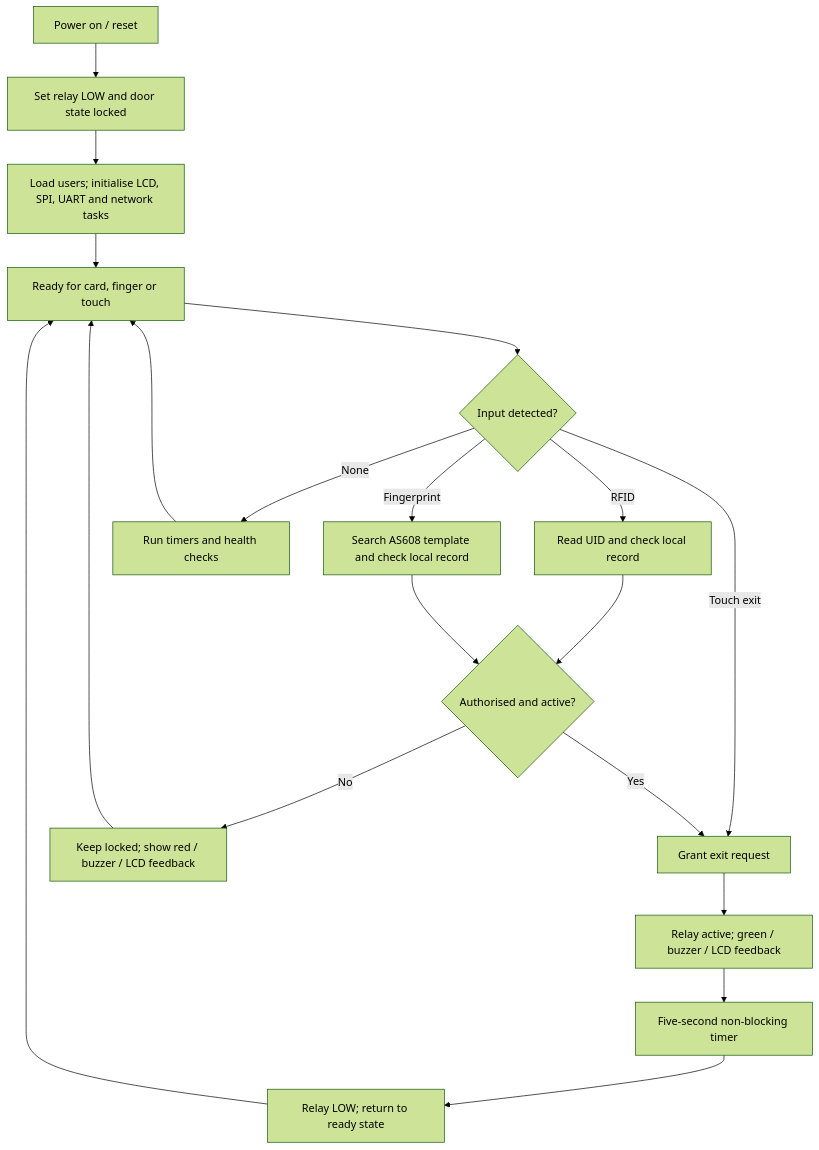
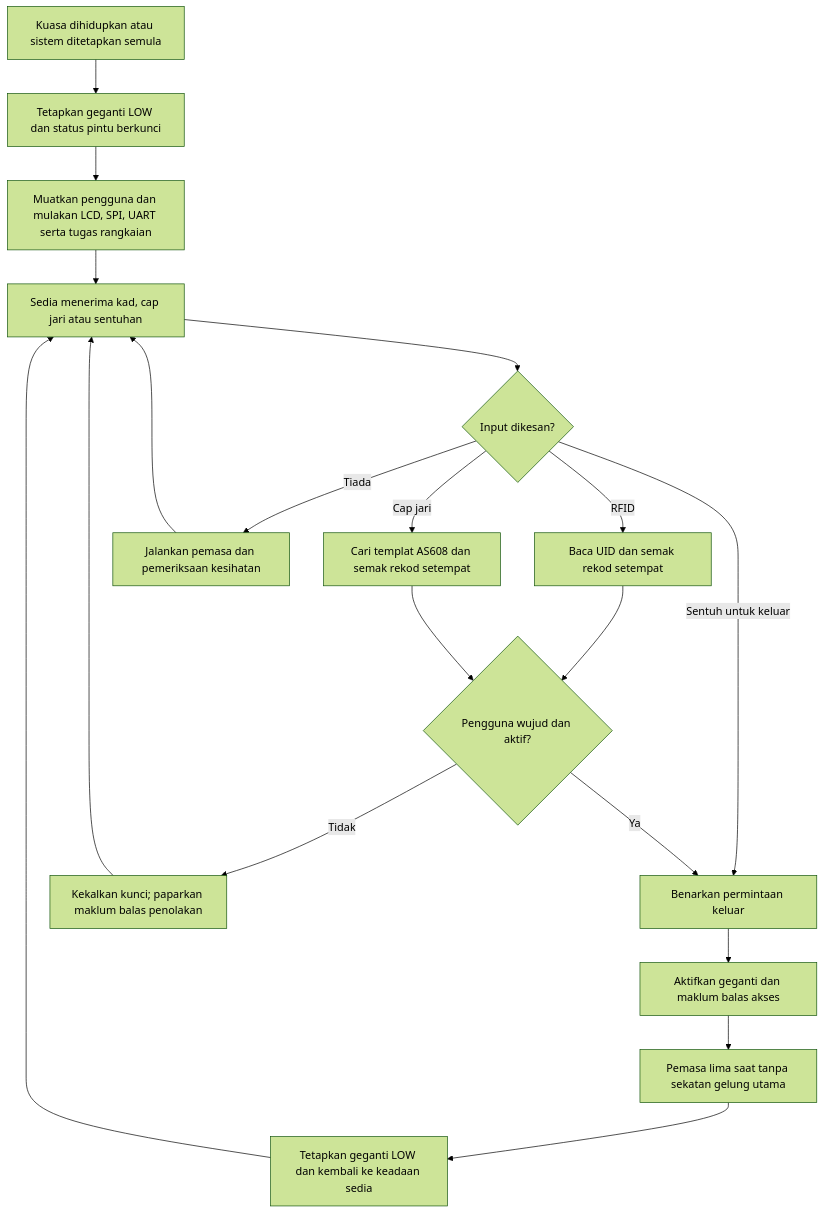
The second of 3 diagrams in README.md (Alepz27/PTA-Smart-Door), drawn with Mermaid (forest theme) before and after one commit. The commit also changed other lines of this file, not shown here.

````diff
--- a/README.md
+++ b/README.md
@@ -111,19 +107,19 @@
 ```mermaid
 flowchart TD
-    BOOT["Power on / reset"] --> SAFE["Set relay LOW and door state locked"]
-    SAFE --> INIT["Load users; initialise LCD, SPI, UART and network tasks"]
-    INIT --> READY["Ready for card, finger or touch"]
-    READY --> EVENT{"Input detected?"}
-    EVENT -->|RFID| RFIDFLOW["Read UID and check local record"]
-    EVENT -->|Fingerprint| FPFLOW["Search AS608 template and check local record"]
-    EVENT -->|Touch exit| GRANT["Grant exit request"]
-    EVENT -->|None| HEALTH["Run timers and health checks"] --> READY
-    RFIDFLOW --> RESULT{"Authorised and active?"}
+    BOOT["Kuasa dihidupkan atau sistem ditetapkan semula"] --> SAFE["Tetapkan geganti LOW dan status pintu berkunci"]
+    SAFE --> INIT["Muatkan pengguna dan mulakan LCD, SPI, UART serta tugas rangkaian"]
+    INIT --> READY["Sedia menerima kad, cap jari atau sentuhan"]
+    READY --> EVENT{"Input dikesan?"}
+    EVENT -->|RFID| RFIDFLOW["Baca UID dan semak rekod setempat"]
+    EVENT -->|Cap jari| FPFLOW["Cari templat AS608 dan semak rekod setempat"]
+    EVENT -->|Sentuh untuk keluar| GRANT["Benarkan permintaan keluar"]
+    EVENT -->|Tiada| HEALTH["Jalankan pemasa dan pemeriksaan kesihatan"] --> READY
+    RFIDFLOW --> RESULT{"Pengguna wujud dan aktif?"}
     FPFLOW --> RESULT
-    RESULT -->|Yes| GRANT
-    RESULT -->|No| DENY["Keep locked; show red / buzzer / LCD feedback"]
+    RESULT -->|Ya| GRANT
+    RESULT -->|Tidak| DENY["Kekalkan kunci; paparkan maklum balas penolakan"]
     DENY --> READY
-    GRANT --> UNLOCK["Relay active; green / buzzer / LCD feedback"]
-    UNLOCK --> TIMER["Five-second non-blocking timer"]
-    TIMER --> RELOCK["Relay LOW; return to ready state"] --> READY
+    GRANT --> UNLOCK["Aktifkan geganti dan maklum balas akses"]
+    UNLOCK --> TIMER["Pemasa lima saat tanpa sekatan gelung utama"]
+    TIMER --> RELOCK["Tetapkan geganti LOW dan kembali ke keadaan sedia"] --> READY
 ```
````
